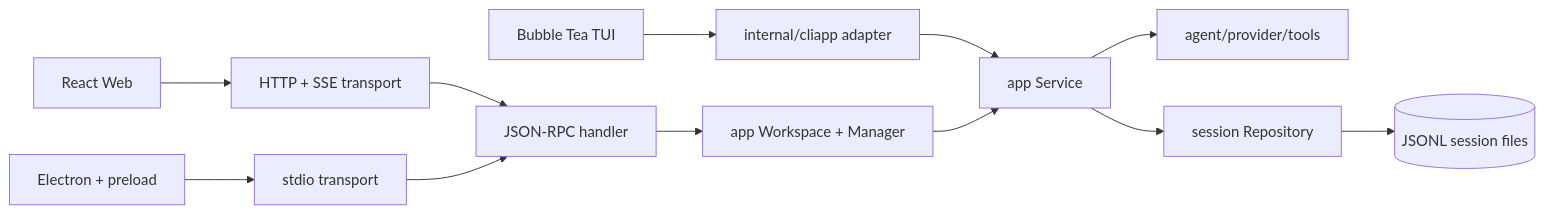
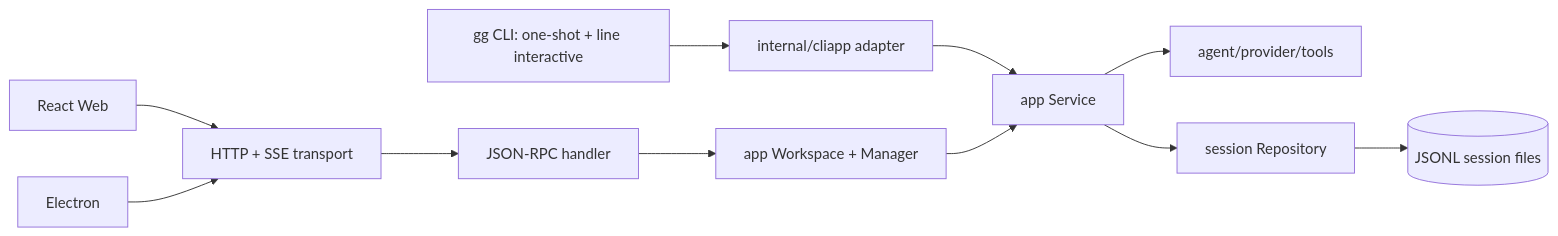
Before and after one commit to hszjj221/gg: the diagram in docs/architecture.md, drawn with Mermaid. The commit also changed other lines of this file and 25 other files, not shown here.

First line of the commit message:
Remove TUI; unify desktop and web on HTTP transport

````diff
--- a/docs/architecture.md
+++ b/docs/architecture.md
@@ -5,14 +5,13 @@
 ```mermaid
 flowchart LR
-    TUI[Bubble Tea TUI] --> CLIAPP[internal/cliapp adapter]
+    CLI[gg CLI: one-shot + line interactive] --> CLIAPP[internal/cliapp adapter]
     WEB[React Web] --> HTTP[HTTP + SSE transport]
-    DESKTOP[Electron + preload] --> STDIO[stdio transport]
+    DESKTOP[Electron] --> HTTP
     CLIAPP --> CORE[app Service]
     HTTP --> RPC[JSON-RPC handler]
-    STDIO --> RPC
     RPC --> WORKSPACE[app Workspace + Manager]
     WORKSPACE --> CORE
     CORE --> AGENT[agent/provider/tools]
     CORE --> REPO[session Repository]
     REPO --> JSONL[(JSONL session files)]
 ```
````
